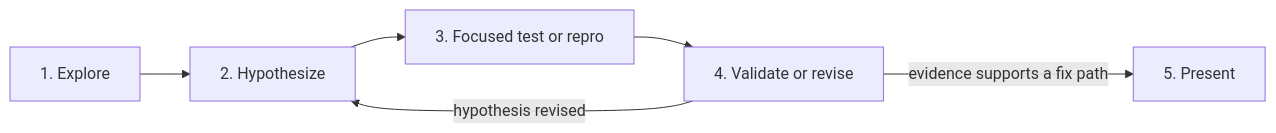
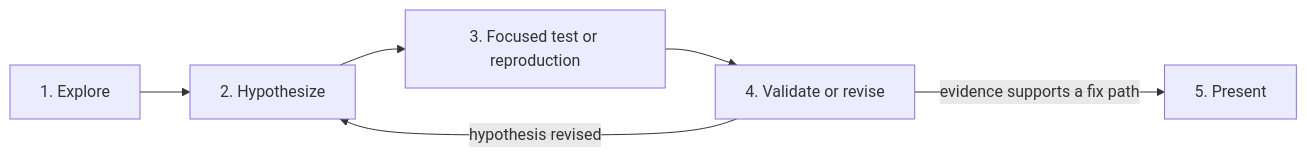
Before and after one commit to filipgutica/filip-stack: the diagram in plugins/workflow/skills/coordinator/references/investigation-flow.md, drawn with Mermaid. The commit also changed other lines of this file and 16 other files, not shown here.

````diff
--- a/plugins/workflow/skills/coordinator/references/investigation-flow.md
+++ b/plugins/workflow/skills/coordinator/references/investigation-flow.md
@@ -5,8 +5,8 @@
 ```mermaid
 flowchart LR
     Explore["1. Explore"] --> Hypothesize["2. Hypothesize"]
-    Hypothesize --> Reproduce["3. Focused test or repro"]
+    Hypothesize --> Reproduce["3. Focused test or reproduction"]
     Reproduce --> Validate["4. Validate or revise"]
     Validate -->|hypothesis revised| Hypothesize
     Validate -->|evidence supports a fix path| Present["5. Present"]
 ```
````
